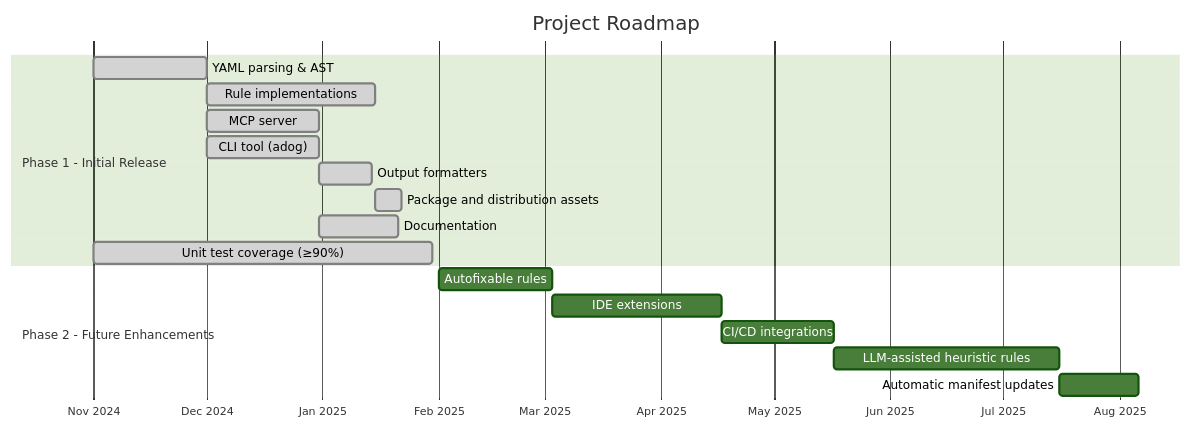
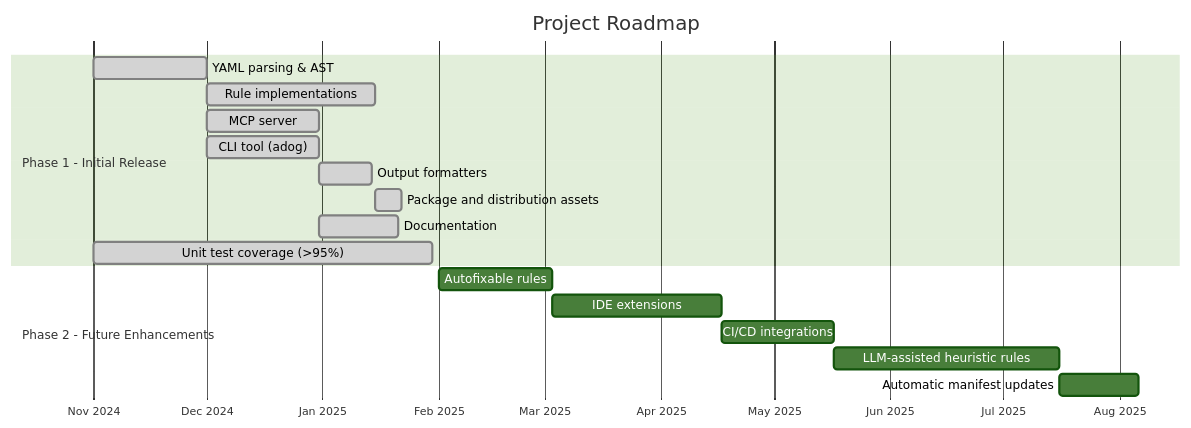
Before and after one commit to ruijarimba/azure-pipelines-guidelines-ai-mcp: the diagram in docs/vision.md, drawn with Mermaid (forest theme). The commit also changed other lines of this file and 17 other files, not shown here.

Commit message:
test: enforce strict production coverage threshold

````diff
--- a/docs/vision.md
+++ b/docs/vision.md
@@ -15,23 +15,23 @@
 ```mermaid
 gantt
     title Project Roadmap
     dateFormat  YYYY-MM-DD
     axisFormat  %b %Y
 
     section Phase 1 - Initial Release
     YAML parsing & AST                :done, p1-parse, 2024-11-01, 30d
     Rule implementations              :done, p1-rules, after p1-parse, 45d
     MCP server                        :done, p1-mcp, after p1-parse, 30d
     CLI tool (adog)                   :done, p1-cli, after p1-parse, 30d
     Output formatters                 :done, p1-fmt, after p1-cli, 14d
     Package and distribution assets   :done, p1-dist, after p1-rules, 7d
     Documentation                     :done, p1-docs, after p1-cli, 21d
-    Unit test coverage (≥90%)         :done, p1-tests, 2024-11-01, 90d
+    Unit test coverage (>95%)         :done, p1-tests, 2024-11-01, 90d
 
     section Phase 2 - Future Enhancements
     Autofixable rules                 :p2-autofix, 2025-02-01, 30d
     IDE extensions                    :p2-ide, after p2-autofix, 45d
     CI/CD integrations                :p2-cicd, after p2-ide, 30d
     LLM-assisted heuristic rules      :p2-llm, after p2-cicd, 60d
     Automatic manifest updates        :p2-manifest, after p2-llm, 21d
 ```
````
